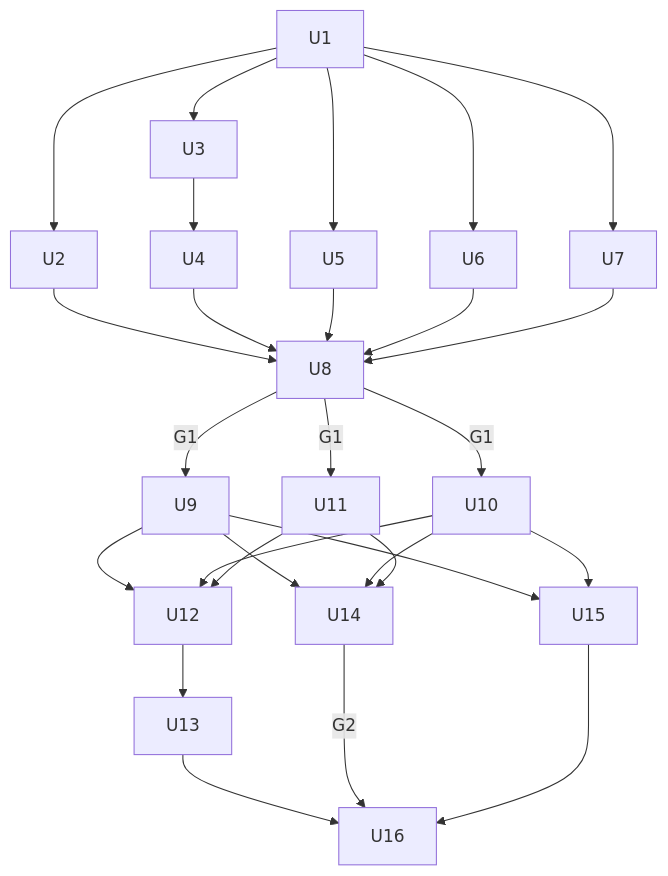
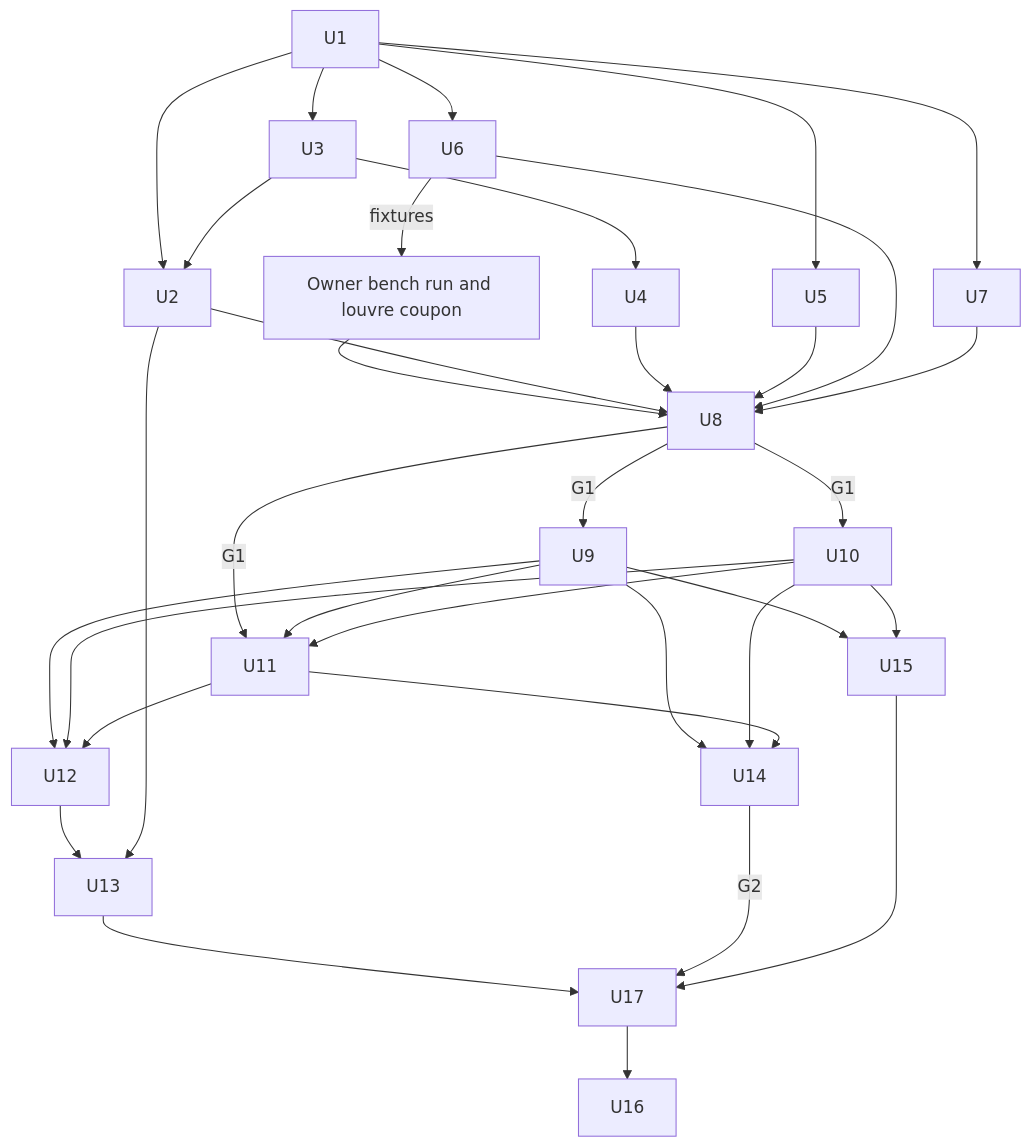
One commit to Stab-Rabbit-coding/Serenity-UAV changed the third of 3 diagrams in docs/plans/2026-11-15-002-feat-ramp-intake-edf-cooling-plan.md. Above: the diagram before and after it, drawn with Mermaid. The commit also changed other lines of this file and 33 other files, not shown here.

````diff
--- a/docs/plans/2026-11-15-002-feat-ramp-intake-edf-cooling-plan.md
+++ b/docs/plans/2026-11-15-002-feat-ramp-intake-edf-cooling-plan.md
@@ -321,29 +340,36 @@
 ```mermaid
 flowchart TB
   U1 --> U2
   U1 --> U3
   U1 --> U5
   U1 --> U6
   U1 --> U7
   U3 --> U4
+  U3 --> U2
+  U6 -->|fixtures| BENCH[Owner bench run and louvre coupon]
+  BENCH --> U8
   U2 --> U8
   U4 --> U8
   U5 --> U8
   U6 --> U8
   U7 --> U8
   U8 -->|G1| U9
   U8 -->|G1| U10
   U8 -->|G1| U11
+  U9 --> U11
+  U10 --> U11
   U9 --> U12
   U10 --> U12
   U11 --> U12
   U12 --> U13
+  U2 --> U13
   U9 --> U14
   U10 --> U14
   U11 --> U14
   U9 --> U15
   U10 --> U15
-  U13 --> U16
-  U14 -->|G2| U16
-  U15 --> U16
+  U13 --> U17
+  U14 -->|G2| U17
+  U15 --> U17
+  U17 --> U16
 ```
````
